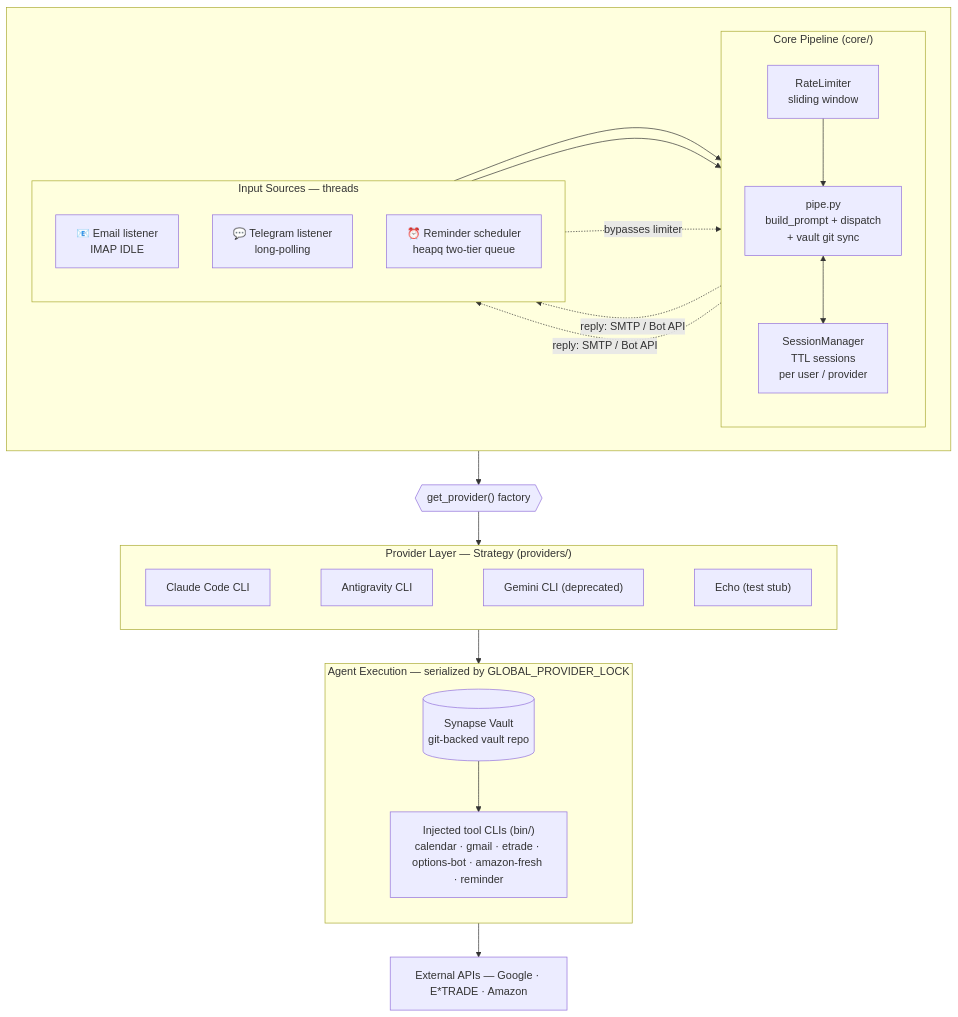
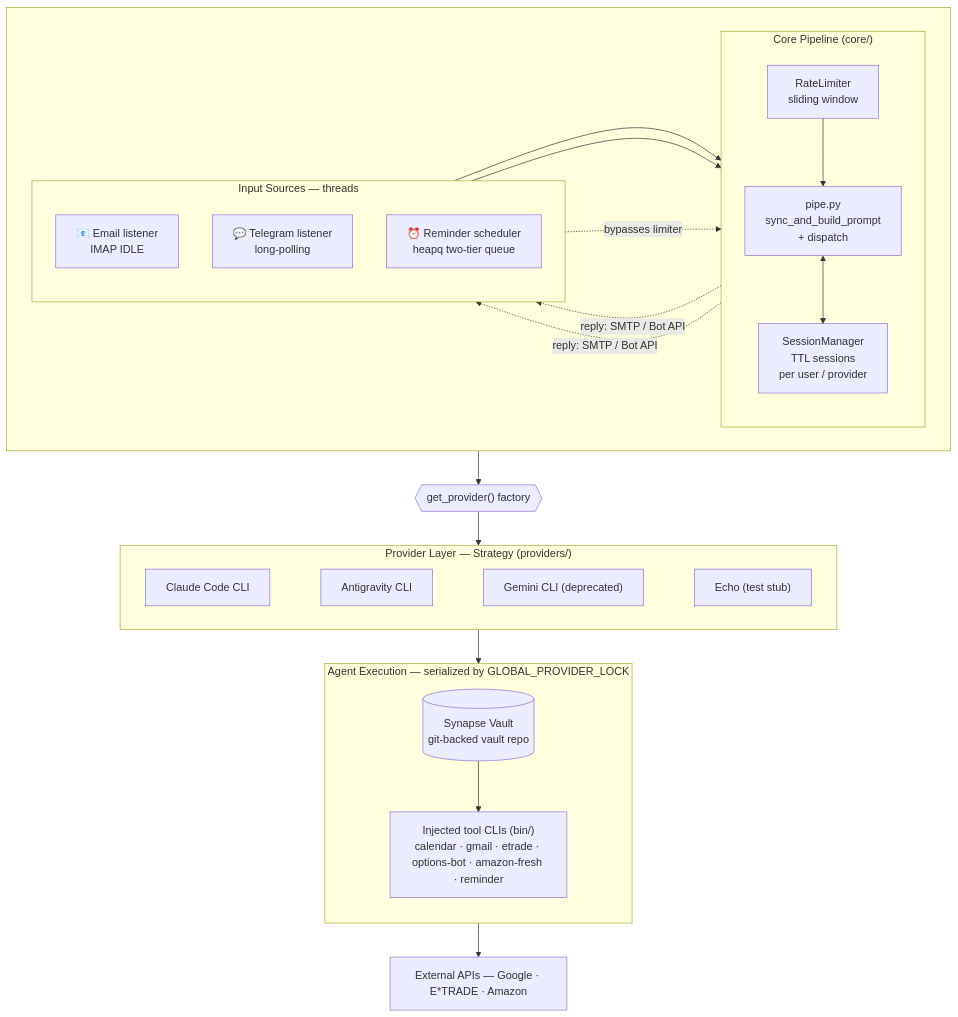
One commit to kristianolsson/synapse-engine changed the diagram in README.md. Above: the diagram before and after it, drawn with Mermaid. The commit also changed other lines of this file and 34 other files, not shown here.

First line of the commit message:
Architecture review and cleanup (#3)

````diff
--- a/README.md
+++ b/README.md
@@ -28,49 +30,49 @@
 ```mermaid
 flowchart TB
     subgraph top[" "]
         direction LR
         subgraph core["Core Pipeline (core/)"]
             direction TB
             RL["RateLimiter<br/>sliding window"]
-            PIPE["pipe.py<br/>build_prompt + dispatch<br/>+ vault git sync"]
+            PIPE["pipe.py<br/>sync_and_build_prompt<br/>+ dispatch"]
             SM["SessionManager<br/>TTL sessions<br/>per user / provider"]
             RL --> PIPE
             PIPE <--> SM
         end
         subgraph inputs["Input Sources — threads"]
             direction TB
             EM["📧 Email listener<br/>IMAP IDLE"]
             TG["💬 Telegram listener<br/>long-polling"]
             SC["⏰ Reminder scheduler<br/>heapq two-tier queue"]
         end
     end
 
     FACT{{"get_provider() factory"}}
 
     subgraph prov["Provider Layer — Strategy (providers/)"]
         direction LR
         CLA["Claude Code CLI"]
         AGY["Antigravity CLI"]
         GEM["Gemini CLI (deprecated)"]
         ECHO["Echo (test stub)"]
         CLA ~~~ AGY ~~~ GEM ~~~ ECHO
     end
 
     subgraph exec["Agent Execution — serialized by GLOBAL_PROVIDER_LOCK"]
         direction TB
         VAULT[("Synapse Vault<br/>git-backed vault repo")]
         TOOLS["Injected tool CLIs (bin/)<br/>calendar · gmail · etrade · options-bot · amazon-fresh · reminder"]
         VAULT --> TOOLS
     end
 
     EXT["External APIs — Google · E*TRADE · Amazon"]
 
     EM --> RL
     TG --> RL
     SC -. "bypasses limiter" .-> PIPE
     core --> FACT
     FACT --> prov
     prov --> exec
     TOOLS --> EXT
     PIPE -. "reply: SMTP / Bot API" .-> EM & TG
 ```
````
